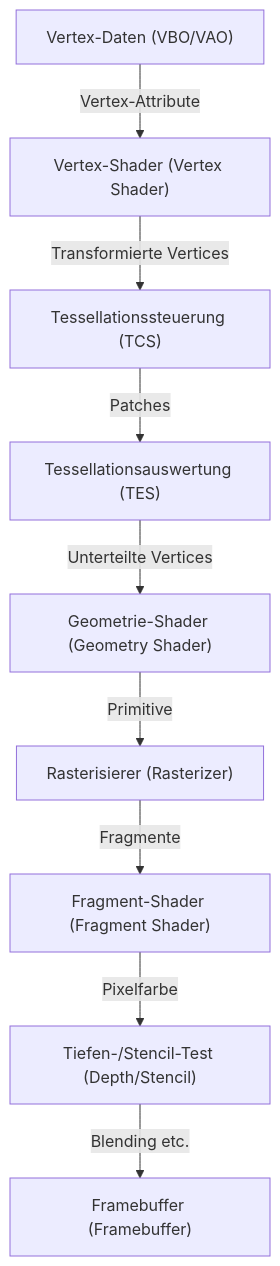
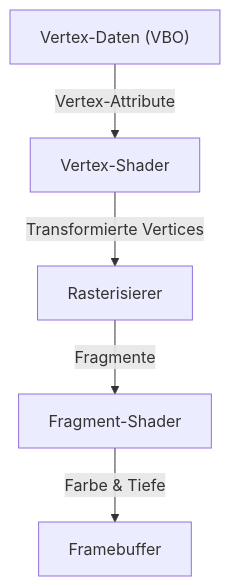
The second of 2 diagrams in content/post/opengl-basics-and-history/index.de.md (kenjinote/blog), drawn with Mermaid before and after one commit. The commit also changed other lines of this file and 129 other files, not shown here.

````diff
--- a/content/post/opengl-basics-and-history/index.de.md
+++ b/content/post/opengl-basics-and-history/index.de.md
@@ -69,21 +48,7 @@
 ```mermaid
 graph TD
-    VBO["Vertex-Daten (VBO/VAO)"]
-    VS["Vertex-Shader (Vertex Shader)"]
-    TC["Tessellationssteuerung (TCS)"]
-    TE["Tessellationsauswertung (TES)"]
-    GS["Geometrie-Shader (Geometry Shader)"]
-    RS["Rasterisierer (Rasterizer)"]
-    FS["Fragment-Shader (Fragment Shader)"]
-    TEST["Tiefen-/Stencil-Test (Depth/Stencil)"]
-    FB["Framebuffer (Framebuffer)"]
-
-    VBO -- "Vertex-Attribute" --> VS
-    VS -- "Transformierte Vertices" --> TC
-    TC -- "Patches" --> TE
-    TE -- "Unterteilte Vertices" --> GS
-    GS -- "Primitive" --> RS
-    RS -- "Fragmente" --> FS
-    FS -- "Pixelfarbe" --> TEST
-    TEST -- "Blending etc." --> FB
+    VBO["Vertex-Daten (VBO)"] -- "Vertex-Attribute" --> VS["Vertex-Shader"]
+    VS -- "Transformierte Vertices" --> RS["Rasterisierer"]
+    RS -- "Fragmente" --> FS["Fragment-Shader"]
+    FS -- "Farbe & Tiefe" --> FB["Framebuffer"]
 ```
````
